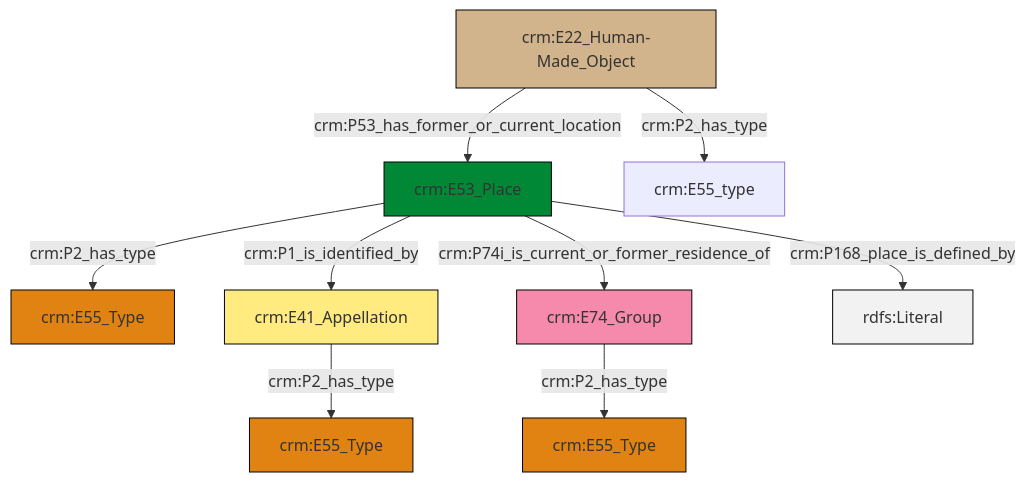
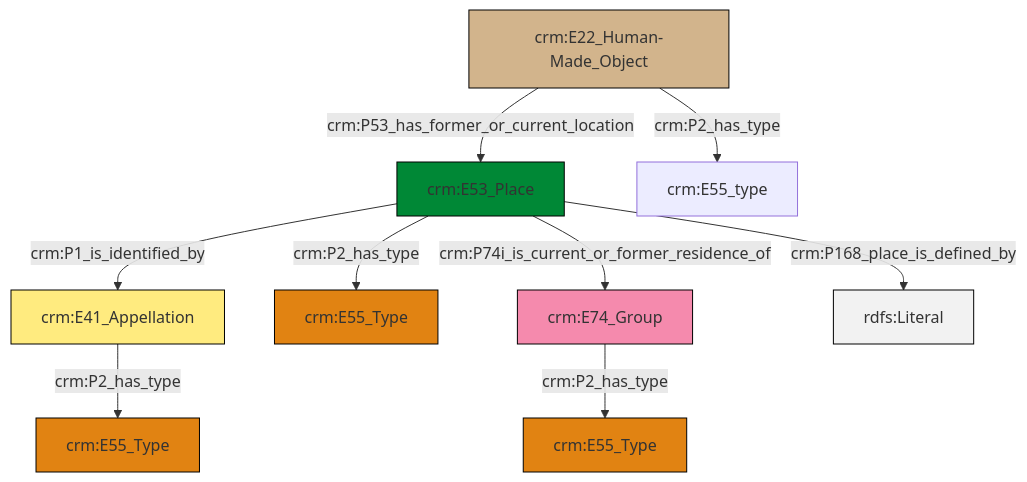
One commit to swiss-art-research-net/docs.swissartresearch changed the diagram in et/artworkCSV/ttl/mmd/Artwork_Location.ttl.mmd. Above: the diagram before and after it, drawn with Mermaid. The commit also changed 179 other files, not shown here.

```diff
--- a/et/artworkCSV/ttl/mmd/Artwork_Location.ttl.mmd
+++ b/et/artworkCSV/ttl/mmd/Artwork_Location.ttl.mmd
@@ -1,23 +1,23 @@
 graph TD
 classDef Literal fill:#f2f2f2,stroke:#000000;
 classDef CRM_Entity fill:#FFFFFF,stroke:#000000;
 classDef Temporal_Entity fill:#00C9E6, stroke:#000000;
 classDef Type fill:#E18312, stroke:#000000;
 classDef Time-Span fill:#2C9C91, stroke:#000000;
 classDef Appellation fill:#FFEB7F, stroke:#000000;
 classDef Place fill:#008836, stroke:#000000;
 classDef Persistent_Item fill:#B266B2, stroke:#000000;
 classDef Conceptual_Object fill:#FFD700, stroke:#000000;
 classDef Physical_Thing fill:#D2B48C, stroke:#000000;
 classDef Actor fill:#f58aad, stroke:#000000;
 classDef PC_Classes fill:#4ce600, stroke:#000000;
 classDef Multi fill:#cccccc,stroke:#000000;
 
-4["crm:E74_Group"]:::Actor -->|crm:P2_has_type| 0["crm:E55_Type"]:::Type
-7["crm:E53_Place"]:::Place -->|crm:P2_has_type| 2["crm:E55_Type"]:::Type
-7["crm:E53_Place"]:::Place -->|crm:P1_is_identified_by| 10["crm:E41_Appellation"]:::Appellation
-8["crm:E22_Human-Made_Object"]:::Physical_Thing -->|crm:P53_has_former_or_current_location| 7["crm:E53_Place"]:::Place
-8["crm:E22_Human-Made_Object"]:::Physical_Thing -->|crm:P2_has_type| 15["crm:E55_type"]:::Default
-10["crm:E41_Appellation"]:::Appellation -->|crm:P2_has_type| 5["crm:E55_Type"]:::Type
-7["crm:E53_Place"]:::Place -->|crm:P74i_is_current_or_former_residence_of| 4["crm:E74_Group"]:::Actor
-7["crm:E53_Place"]:::Place -->|crm:P168_place_is_defined_by| 19[rdfs:Literal]:::Literal
+4["crm:E53_Place"]:::Place -->|crm:P2_has_type| 2["crm:E55_Type"]:::Type
+4["crm:E53_Place"]:::Place -->|crm:P1_is_identified_by| 12["crm:E41_Appellation"]:::Appellation
+0["crm:E74_Group"]:::Actor -->|crm:P2_has_type| 10["crm:E55_Type"]:::Type
+4["crm:E53_Place"]:::Place -->|crm:P168_place_is_defined_by| 15[rdfs:Literal]:::Literal
+12["crm:E41_Appellation"]:::Appellation -->|crm:P2_has_type| 5["crm:E55_Type"]:::Type
+4["crm:E53_Place"]:::Place -->|crm:P74i_is_current_or_former_residence_of| 0["crm:E74_Group"]:::Actor
+16["crm:E22_Human-Made_Object"]:::Physical_Thing -->|crm:P53_has_former_or_current_location| 4["crm:E53_Place"]:::Place
+16["crm:E22_Human-Made_Object"]:::Physical_Thing -->|crm:P2_has_type| 7["crm:E55_type"]:::Default
```
